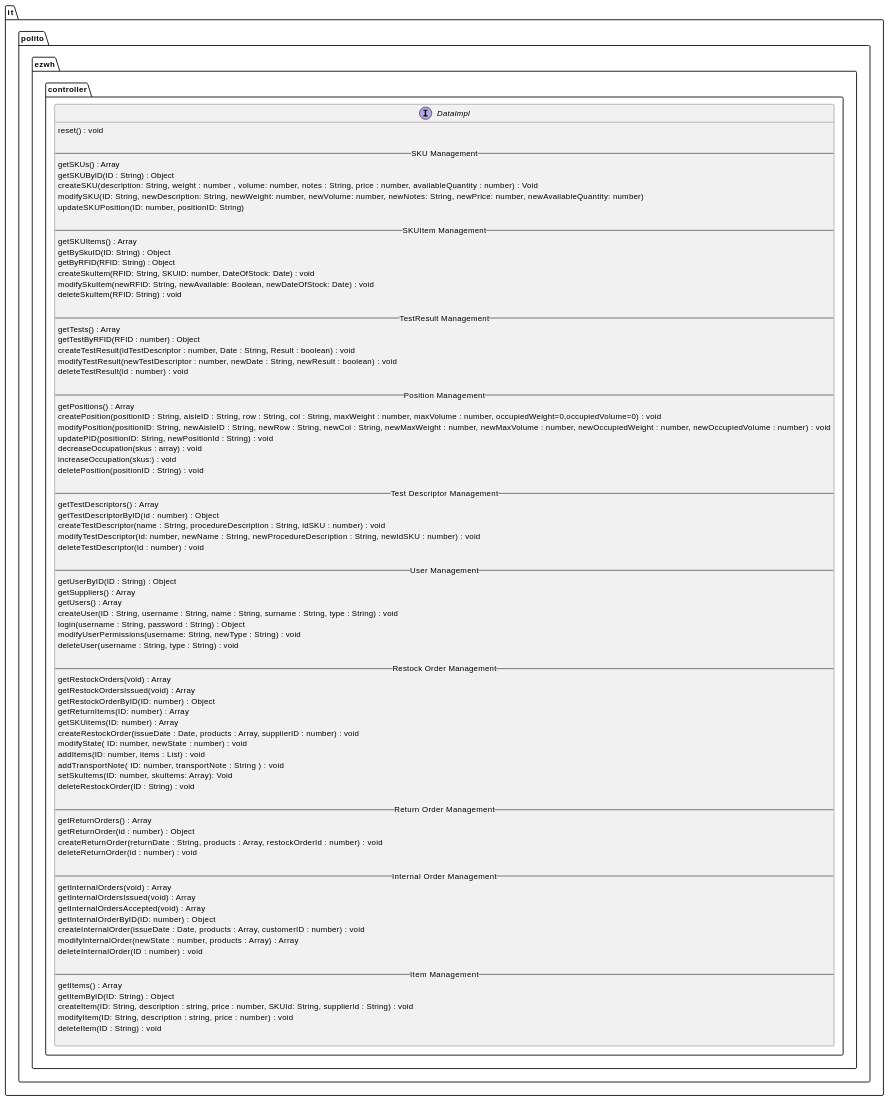
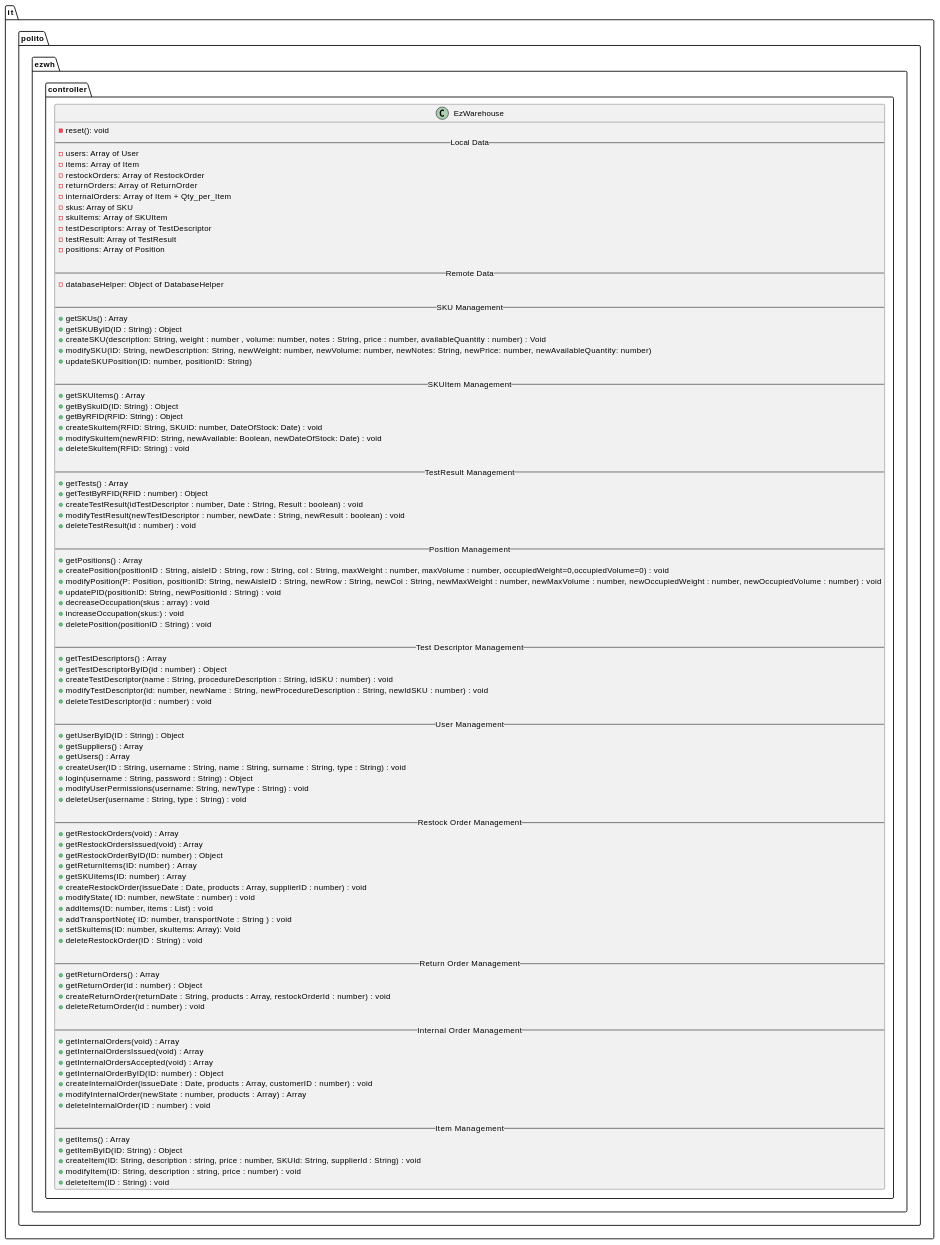
Before and after one commit to DavideArcolini/SoftEng_garbageCollector: the second of 20 diagrams in DESIGN PART/DesignDocument.md, drawn with PlantUML. The commit also changed other lines of this file, not shown here.

````diff
--- a/DESIGN PART/DesignDocument.md
+++ b/DESIGN PART/DesignDocument.md
@@ -57,90 +57,103 @@
 ```plantuml
 package it.polito.ezwh.controller{
-  interface "DataImpl" as API{
-    reset() : void
+  class EzWarehouse {
+    - reset(): void
+    -- Local Data --
+    - users: Array of User
+    - items: Array of Item
+    - restockOrders: Array of RestockOrder
+    - returnOrders: Array of ReturnOrder
+    - internalOrders: Array of Item + Qty_per_Item
+    - skus: Array of SKU
+    - skuItems: Array of SKUItem
+    - testDescriptors: Array of TestDescriptor
+    - testResult: Array of TestResult
+    - positions: Array of Position
+
+    -- Remote Data --
+    - databaseHelper: Object of DatabaseHelper
     
     -- SKU Management --
-    getSKUs() : Array
-    getSKUByID(ID : String) : Object
-    createSKU(description: String, weight : number , volume: number, notes : String, price : number, availableQuantity : number) : Void
-    modifySKU(ID: String, newDescription: String, newWeight: number, newVolume: number, newNotes: String, newPrice: number, newAvailableQuantity: number)
-    updateSKUPosition(ID: number, positionID: String)
+    + getSKUs() : Array
+    + getSKUByID(ID : String) : Object
+    + createSKU(description: String, weight : number , volume: number, notes : String, price : number, availableQuantity : number) : Void
+    + modifySKU(ID: String, newDescription: String, newWeight: number, newVolume: number, newNotes: String, newPrice: number, newAvailableQuantity: number)
+    + updateSKUPosition(ID: number, positionID: String)
     
     -- SKUItem Management --
-    getSKUItems() : Array
-    getBySkuID(ID: String) : Object
-    getByRFID(RFID: String) : Object
-    createSkuItem(RFID: String, SKUID: number, DateOfStock: Date) : void
-    modifySkuItem(newRFID: String, newAvailable: Boolean, newDateOfStock: Date) : void
-    deleteSkuItem(RFID: String) : void
+    + getSKUItems() : Array
+    + getBySkuID(ID: String) : Object
+    + getByRFID(RFID: String) : Object
+    + createSkuItem(RFID: String, SKUID: number, DateOfStock: Date) : void
+    + modifySkuItem(newRFID: String, newAvailable: Boolean, newDateOfStock: Date) : void
+    + deleteSkuItem(RFID: String) : void
 
     -- TestResult Management --
-    getTests() : Array
-    getTestByRFID(RFID : number) : Object
-    createTestResult(idTestDescriptor : number, Date : String, Result : boolean) : void
-    modifyTestResult(newTestDescriptor : number, newDate : String, newResult : boolean) : void
-    deleteTestResult(id : number) : void
+    + getTests() : Array
+    + getTestByRFID(RFID : number) : Object
+    + createTestResult(idTestDescriptor : number, Date : String, Result : boolean) : void
+    + modifyTestResult(newTestDescriptor : number, newDate : String, newResult : boolean) : void
+    + deleteTestResult(id : number) : void
     
     -- Position Management --
-    getPositions() : Array
-    createPosition(positionID : String, aisleID : String, row : String, col : String, maxWeight : number, maxVolume : number, occupiedWeight=0,occupiedVolume=0) : void
-    modifyPosition(positionID: String, newAisleID : String, newRow : String, newCol : String, newMaxWeight : number, newMaxVolume : number, newOccupiedWeight : number, newOccupiedVolume : number) : void
-    updatePID(positionID: String, newPositionId : String) : void
-    decreaseOccupation(skus : array) : void
-    increaseOccupation(skus:) : void
-    deletePosition(positionID : String) : void
+    + getPositions() : Array
+    + createPosition(positionID : String, aisleID : String, row : String, col : String, maxWeight : number, maxVolume : number, occupiedWeight=0,occupiedVolume=0) : void
+    + modifyPosition(P: Position, positionID: String, newAisleID : String, newRow : String, newCol : String, newMaxWeight : number, newMaxVolume : number, newOccupiedWeight : number, newOccupiedVolume : number) : void
+    + updatePID(positionID: String, newPositionId : String) : void
+    + decreaseOccupation(skus : array) : void
+    + increaseOccupation(skus:) : void
+    + deletePosition(positionID : String) : void
     
     -- Test Descriptor Management --
-    getTestDescriptors() : Array
-    getTestDescriptorByID(id : number) : Object
-    createTestDescriptor(name : String, procedureDescription : String, idSKU : number) : void
-    modifyTestDescriptor(id: number, newName : String, newProcedureDescription : String, newIdSKU : number) : void
-    deleteTestDescriptor(id : number) : void
+    + getTestDescriptors() : Array
+    + getTestDescriptorByID(id : number) : Object
+    + createTestDescriptor(name : String, procedureDescription : String, idSKU : number) : void
+    + modifyTestDescriptor(id: number, newName : String, newProcedureDescription : String, newIdSKU : number) : void
+    + deleteTestDescriptor(id : number) : void
 
     -- User Management --
-    getUserByID(ID : String) : Object
-    getSuppliers() : Array
-    getUsers() : Array
-    createUser(ID : String, username : String, name : String, surname : String, type : String) : void
-    login(username : String, password : String) : Object
-    modifyUserPermissions(username: String, newType : String) : void
-    deleteUser(username : String, type : String) : void
+    + getUserByID(ID : String) : Object
+    + getSuppliers() : Array
+    + getUsers() : Array
+    + createUser(ID : String, username : String, name : String, surname : String, type : String) : void
+    + login(username : String, password : String) : Object
+    + modifyUserPermissions(username: String, newType : String) : void
+    + deleteUser(username : String, type : String) : void
     
     -- Restock Order Management --
-    getRestockOrders(void) : Array
-    getRestockOrdersIssued(void) : Array
-    getRestockOrderByID(ID: number) : Object
-    getReturnItems(ID: number) : Array
-    getSKUitems(ID: number) : Array
-    createRestockOrder(issueDate : Date, products : Array, supplierID : number) : void
-    modifyState( ID: number, newState : number) : void
-    addItems(ID: number, items : List) : void
-    addTransportNote( ID: number, transportNote : String ) : void
-    setSkuItems(ID: number, skuItems: Array): Void
-    deleteRestockOrder(ID : String) : void
+    + getRestockOrders(void) : Array
+    + getRestockOrdersIssued(void) : Array
+    + getRestockOrderByID(ID: number) : Object
+    + getReturnItems(ID: number) : Array
+    + getSKUitems(ID: number) : Array
+    + createRestockOrder(issueDate : Date, products : Array, supplierID : number) : void
+    + modifyState( ID: number, newState : number) : void
+    + addItems(ID: number, items : List) : void
+    + addTransportNote( ID: number, transportNote : String ) : void
+    + setSkuItems(ID: number, skuItems: Array): Void
+    + deleteRestockOrder(ID : String) : void
 
     -- Return Order Management --
-    getReturnOrders() : Array
-    getReturnOrder(id : number) : Object
-    createReturnOrder(returnDate : String, products : Array, restockOrderId : number) : void
-    deleteReturnOrder(id : number) : void
+    + getReturnOrders() : Array
+    + getReturnOrder(id : number) : Object
+    + createReturnOrder(returnDate : String, products : Array, restockOrderId : number) : void
+    + deleteReturnOrder(id : number) : void
     
     -- Internal Order Management --
-    getInternalOrders(void) : Array
-    getInternalOrdersIssued(void) : Array
-    getInternalOrdersAccepted(void) : Array
-    getInternalOrderByID(ID: number) : Object
-    createInternalOrder(issueDate : Date, products : Array, customerID : number) : void
-    modifyInternalOrder(newState : number, products : Array) : Array
-    deleteInternalOrder(ID : number) : void
+    + getInternalOrders(void) : Array
+    + getInternalOrdersIssued(void) : Array
+    + getInternalOrdersAccepted(void) : Array
+    + getInternalOrderByID(ID: number) : Object
+    + createInternalOrder(issueDate : Date, products : Array, customerID : number) : void
+    + modifyInternalOrder(newState : number, products : Array) : Array
+    + deleteInternalOrder(ID : number) : void
     
     -- Item Management --
-    getItems() : Array
-    getItemByID(ID: String) : Object
-    createItem(ID: String, description : string, price : number, SKUId: String, supplierId : String) : void
-    modifyItem(ID: String, description : string, price : number) : void
-    deleteItem(ID : String) : void
-
+    + getItems() : Array
+    + getItemByID(ID: String) : Object
+    + createItem(ID: String, description : string, price : number, SKUId: String, supplierId : String) : void
+    + modifyItem(ID: String, description : string, price : number) : void
+    + deleteItem(ID : String) : void
   }
 }
 ```
````
